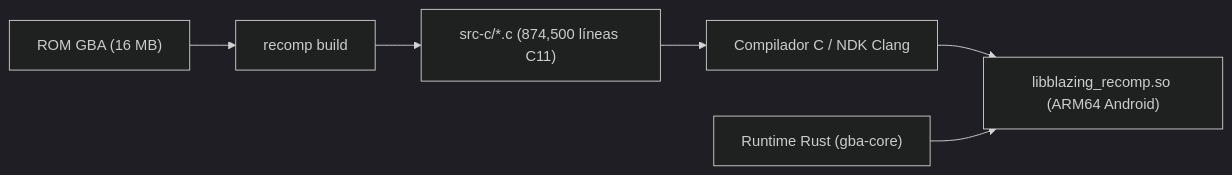
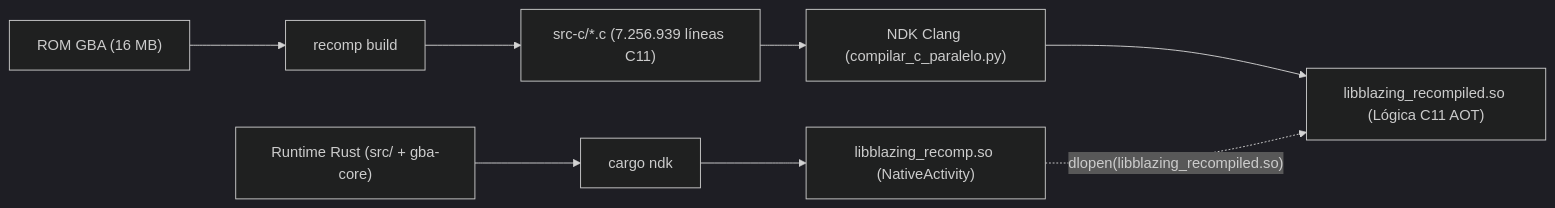
Before and after one commit to FelipeRomeroDUOC/blazing-recomp: the diagram in docs/explicacion/arquitectura-c-recompilado.md, drawn with Mermaid (dark theme). The commit also changed other lines of this file and 13 other files, not shown here.

````diff
--- a/docs/explicacion/arquitectura-c-recompilado.md
+++ b/docs/explicacion/arquitectura-c-recompilado.md
@@ -16,8 +17,12 @@
 ```mermaid
 flowchart LR
     A["ROM GBA (16 MB)"] --> B["recomp build"]
-    B --> C["src-c/*.c (874,500 líneas C11)"]
-    C --> D["Compilador C / NDK Clang"]
-    D --> E["libblazing_recomp.so (ARM64 Android)"]
-    F["Runtime Rust (gba-core)"] --> E
+    B --> C["src-c/*.c (7.256.939 líneas C11)"]
+    C --> D["NDK Clang (compilar_c_paralelo.py)"]
+    D --> E["libblazing_recompiled.so (Lógica C11 AOT)"]
+
+    F["Runtime Rust (src/ + gba-core)"] --> G["cargo ndk"]
+    G --> H["libblazing_recomp.so (NativeActivity)"]
+
+    H -. "dlopen(libblazing_recompiled.so)" .-> E
 ```
````
